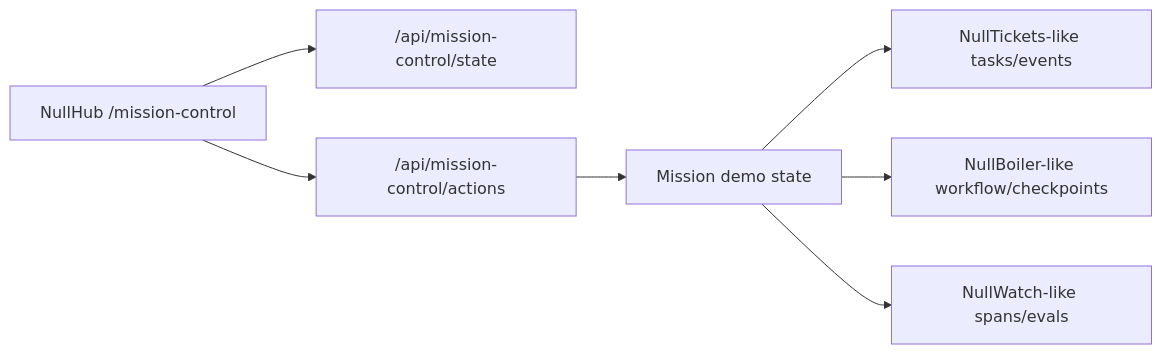
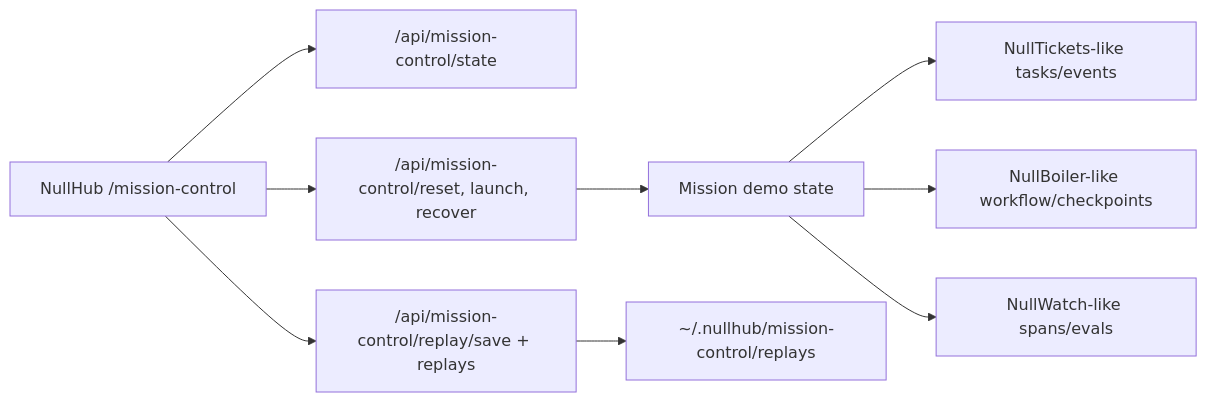
Before and after one commit to Toast552/IIIIIl.: the diagram in docs/plans/mission-control.md, drawn with Mermaid. The commit also changed other lines of this file and 34 other files, not shown here.

Commit message:
Complete mission control replay architecture

````diff
--- a/docs/plans/mission-control.md
+++ b/docs/plans/mission-control.md
@@ -365,9 +381,11 @@
 ```mermaid
 flowchart LR
   H["NullHub /mission-control"] --> A["/api/mission-control/state"]
-  H --> C["/api/mission-control/actions"]
+  H --> C["/api/mission-control/reset, launch, recover"]
+  H --> R["/api/mission-control/replay/save + replays"]
   C --> S["Mission demo state"]
+  R --> D["~/.nullhub/mission-control/replays"]
   S --> T["NullTickets-like tasks/events"]
   S --> B["NullBoiler-like workflow/checkpoints"]
   S --> W["NullWatch-like spans/evals"]
 ```
````
